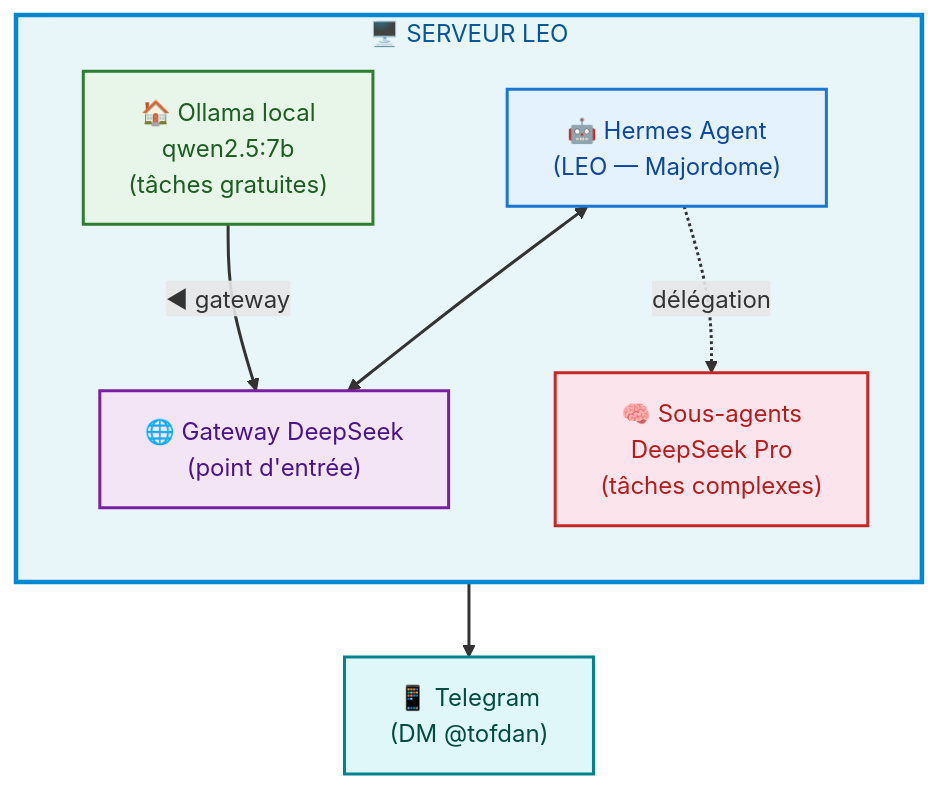
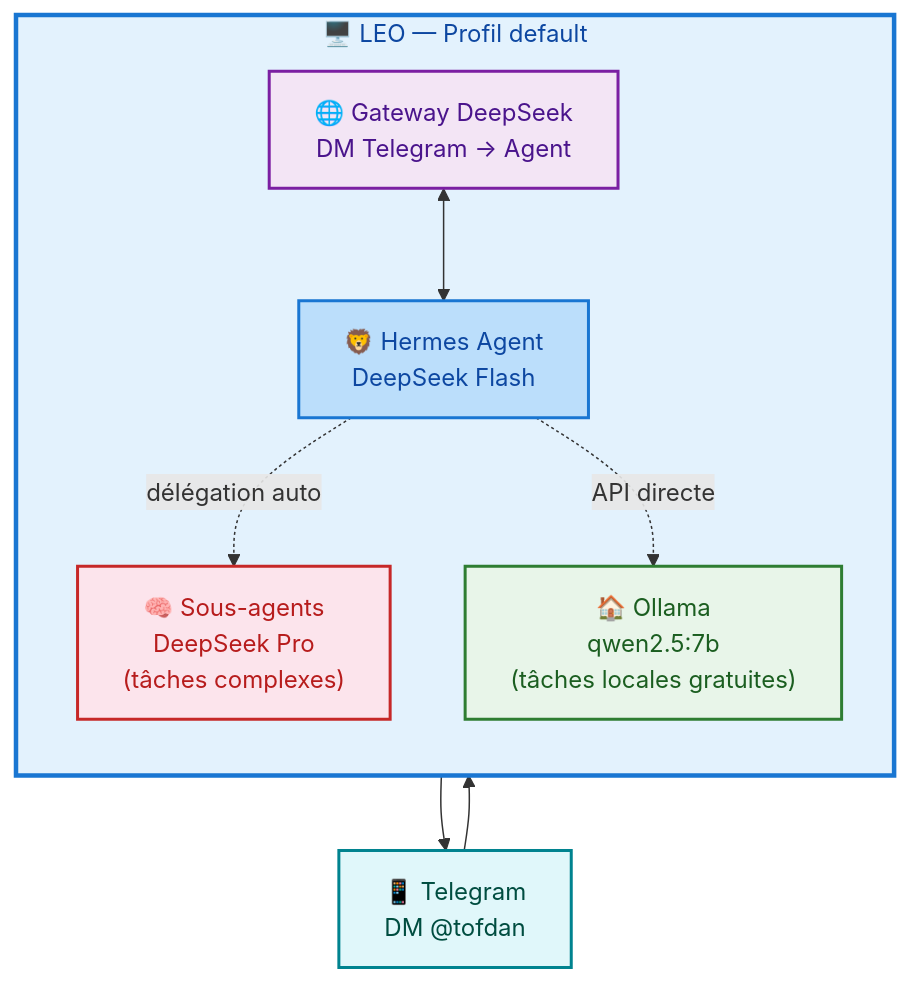
The second of 5 diagrams in docs/hermes/architecture-communication.md (christophedanhier-hash/hermes-wiki), drawn with Mermaid before and after one commit. The commit also changed other lines of this file and 1 other file, not shown here.

Commit message:
docs: mise à jour architecture — 100% DeepSeek, plus de Gemini. Schémas Mermaid complets

````diff
--- a/docs/hermes/architecture-communication.md
+++ b/docs/hermes/architecture-communication.md
@@ -27,24 +69,26 @@
 ```mermaid
-flowchart TD
-    subgraph SERVEUR["🖥️ SERVEUR LEO"]
+flowchart TB
+    subgraph SERVEUR["🖥️ LEO — Profil default"]
         direction TB
-        Hermes["🤖 Hermes Agent<br/>(LEO — Majordome)"]
-        Gateway["🌐 Gateway DeepSeek<br/>(point d'entrée)"]
-        Ollama["🏠 Ollama local<br/>qwen2.5:7b<br/>(tâches gratuites)"]
+        Gateway["🌐 Gateway DeepSeek<br/>DM Telegram → Agent"]
+        Hermes["🦁 Hermes Agent<br/>DeepSeek Flash"]
         SubAgent["🧠 Sous-agents<br/>DeepSeek Pro<br/>(tâches complexes)"]
-        
-        Hermes <--> Gateway
-        Ollama -->|◀ gateway| Gateway
-        Hermes -.->|délégation| SubAgent
+        Ollama["🏠 Ollama<br/>qwen2.5:7b<br/>(tâches locales gratuites)"]
+
+        Gateway <--> Hermes
+        Hermes -.->|"délégation auto"| SubAgent
+        Hermes -.->|"API directe"| Ollama
     end
-    
-    Gateway --> Telegram["📱 Telegram<br/>(DM @tofdan)"]
-    
-    style SERVEUR fill:#e8f5f9,stroke:#0288d1,stroke-width:3px,color:#01579b
-    style Hermes fill:#e3f2fd,stroke:#1976d2,stroke-width:2px,color:#0d47a1
+
+    TG["📱 Telegram<br/>DM @tofdan"]
+
+    TG --> Gateway
+    Gateway --> TG
+
+    style SERVEUR fill:#e3f2fd,stroke:#1976d2,stroke-width:3px,color:#0d47a1
+    style Hermes fill:#bbdefb,stroke:#1976d2,stroke-width:2px,color:#0d47a1
     style Gateway fill:#f3e5f5,stroke:#7b1fa2,stroke-width:2px,color:#4a148c
+    style SubAgent fill:#fce4ec,stroke:#c62828,stroke-width:2px,color:#b71c1c
     style Ollama fill:#e8f5e9,stroke:#2e7d32,stroke-width:2px,color:#1b5e20
-    style SubAgent fill:#fce4ec,stroke:#c62828,stroke-width:2px,color:#b71c1c
-    style Telegram fill:#e0f7fa,stroke:#00838f,stroke-width:2px,color:#004d40
-    linkStyle default stroke-width:2px,fill:none
+    style TG fill:#e0f7fa,stroke:#00838f,stroke-width:2px,color:#004d40
 ```
````
